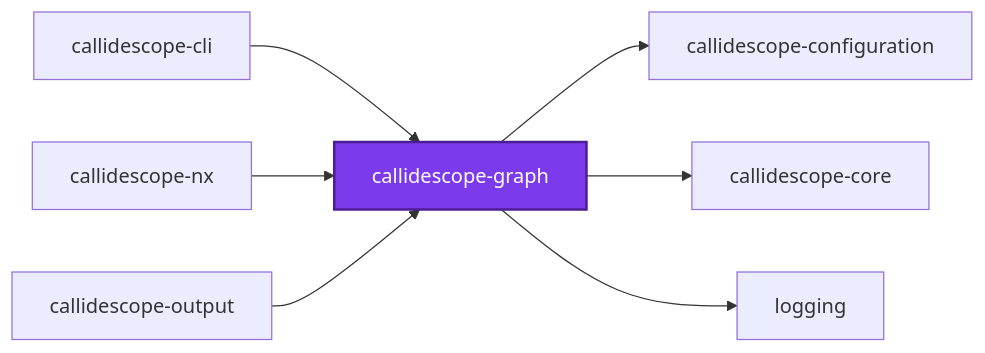
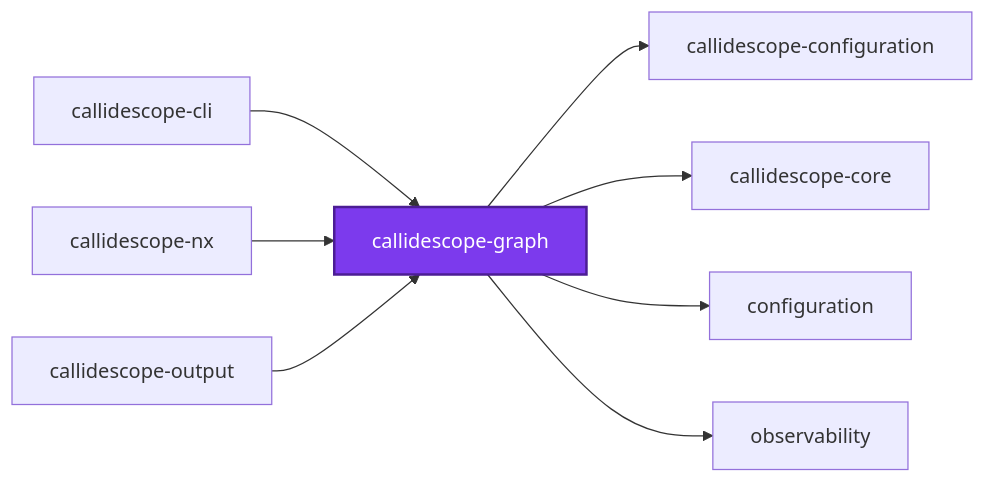
One commit to organizzolini/codebase changed the first of 3 diagrams in projects/ic-suite/callidescope/callidescope-graph/README.md. Above: the diagram before and after it, drawn with Mermaid. The commit also changed other lines of this file and 2324 other files, not shown here.

````diff
--- a/projects/ic-suite/callidescope/callidescope-graph/README.md
+++ b/projects/ic-suite/callidescope/callidescope-graph/README.md
@@ -237,18 +237,20 @@
 ```mermaid
 graph LR
   callidescope_cli["callidescope-cli"]
   callidescope_configuration["callidescope-configuration"]
   callidescope_core["callidescope-core"]
   callidescope_graph["callidescope-graph"]
   callidescope_nx["callidescope-nx"]
   callidescope_output["callidescope-output"]
-  logging["logging"]
+  configuration["configuration"]
+  observability["observability"]
   callidescope_cli --> callidescope_graph
   callidescope_graph --> callidescope_configuration
   callidescope_graph --> callidescope_core
-  callidescope_graph --> logging
+  callidescope_graph --> configuration
+  callidescope_graph --> observability
   callidescope_nx --> callidescope_graph
   callidescope_output --> callidescope_graph
   classDef subject fill:#7c3aed,color:#fff,stroke:#4c1d95,stroke-width:2px
   class callidescope_graph subject
 ```
````
